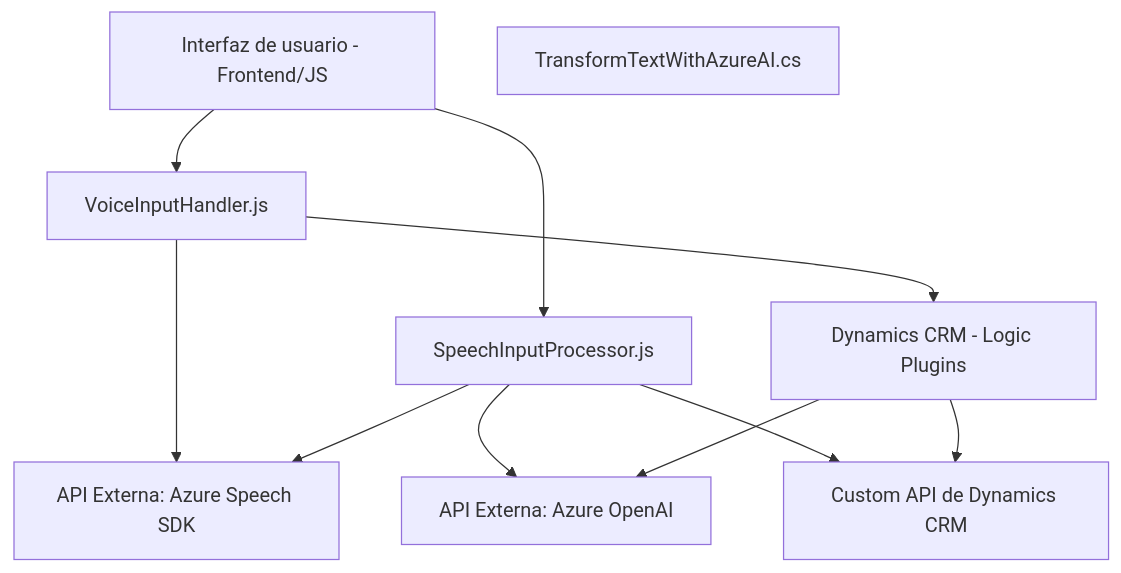
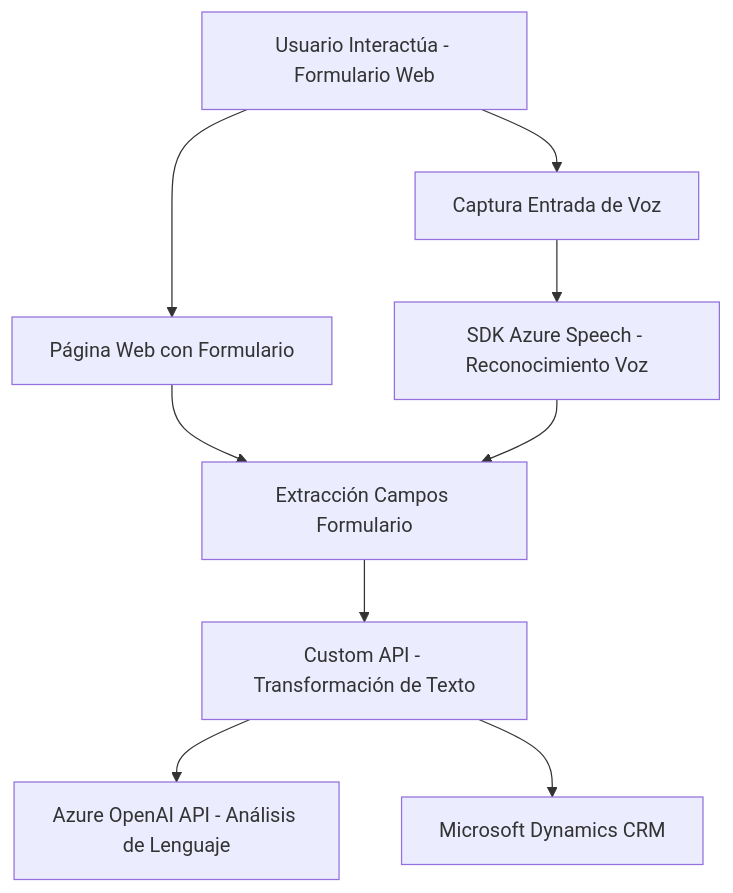
Before and after one commit to blopezdm/NETCORE_BILBAO2025: the diagram in README.md, drawn with Mermaid. The commit also changed other lines of this file, not shown here.

Commit message:
Actualizar análisis global de la solución con IA

````diff
--- a/README.md
+++ b/README.md
@@ -45,21 +48,16 @@
 ```mermaid
 graph TD
-    A["Interfaz de usuario - Frontend/JS"]
-    A1["VoiceInputHandler.js"]
-    A2["SpeechInputProcessor.js"]
-    B["Dynamics CRM - Logic Plugins"]
-    B1["TransformTextWithAzureAI.cs"]
-    C["API Externa: Azure Speech SDK"]
-    D["API Externa: Azure OpenAI"]
-    E["Custom API de Dynamics CRM"]
+    A["Usuario Interactúa - Formulario Web"]
+    B["Captura Entrada de Voz"]
+    C["Extracción Campos Formulario"]
+    D["SDK Azure Speech - Reconocimiento Voz"]
+    E["Página Web con Formulario"]
+    F["Custom API - Transformación de Texto"]
+    G["Azure OpenAI API - Análisis de Lenguaje"]
+    H["Microsoft Dynamics CRM"]
 
-    A --> A1
-    A --> A2
-    A1 --> C
-    A1 --> B
-    A2 --> C
-    A2 --> D
-    A2 --> E
-    B --> D
-    B --> E
+    A --> E --> C
+    A --> B --> D --> C
+    C --> F --> G
+    F --> H
 ```
````
